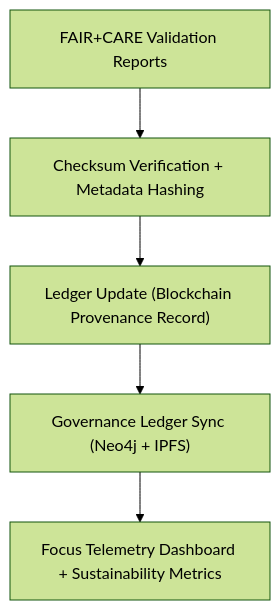
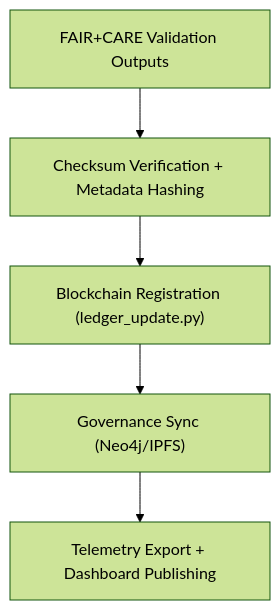
The diagram in src/pipelines/governance/README.md (bartytime4life/Kansas-Frontier-Matrix), drawn with Mermaid (forest theme) before and after one commit. The commit also changed other lines of this file, not shown here.

````diff
--- a/src/pipelines/governance/README.md
+++ b/src/pipelines/governance/README.md
@@ -66,7 +68,7 @@
 ```mermaid
 flowchart TD
-    A["FAIR+CARE Validation Reports"] --> B["Checksum Verification + Metadata Hashing"]
-    B --> C["Ledger Update (Blockchain Provenance Record)"]
-    C --> D["Governance Ledger Sync (Neo4j + IPFS)"]
-    D --> E["Focus Telemetry Dashboard + Sustainability Metrics"]
+A["FAIR+CARE Validation Outputs"] --> B["Checksum Verification + Metadata Hashing"]
+B --> C["Blockchain Registration (ledger_update.py)"]
+C --> D["Governance Sync (Neo4j/IPFS)"]
+D --> E["Telemetry Export + Dashboard Publishing"]
 ```
````
